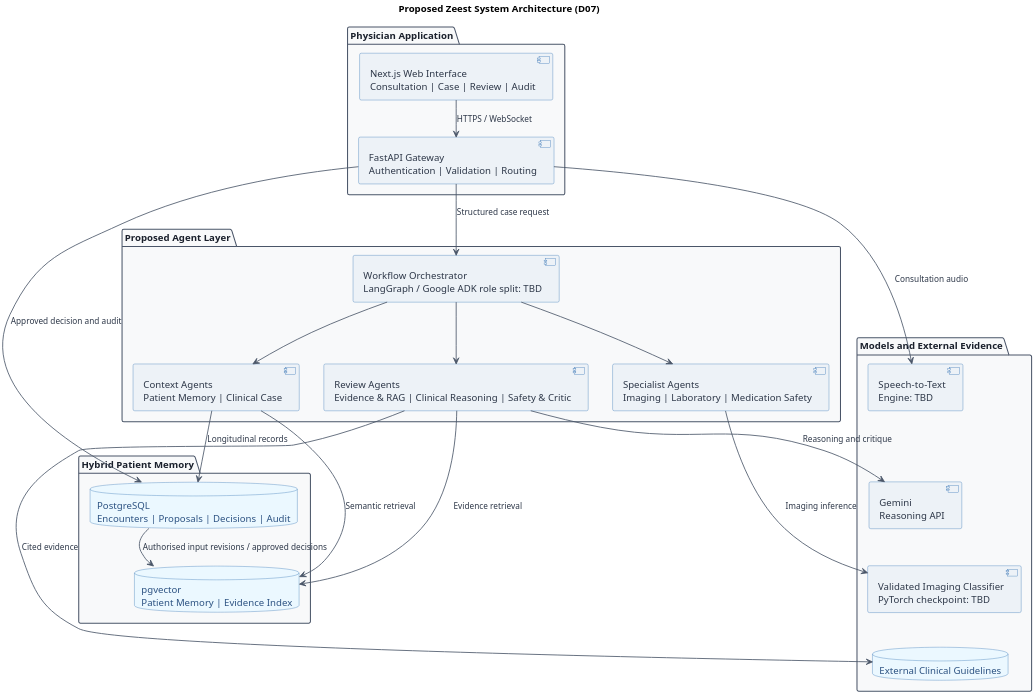
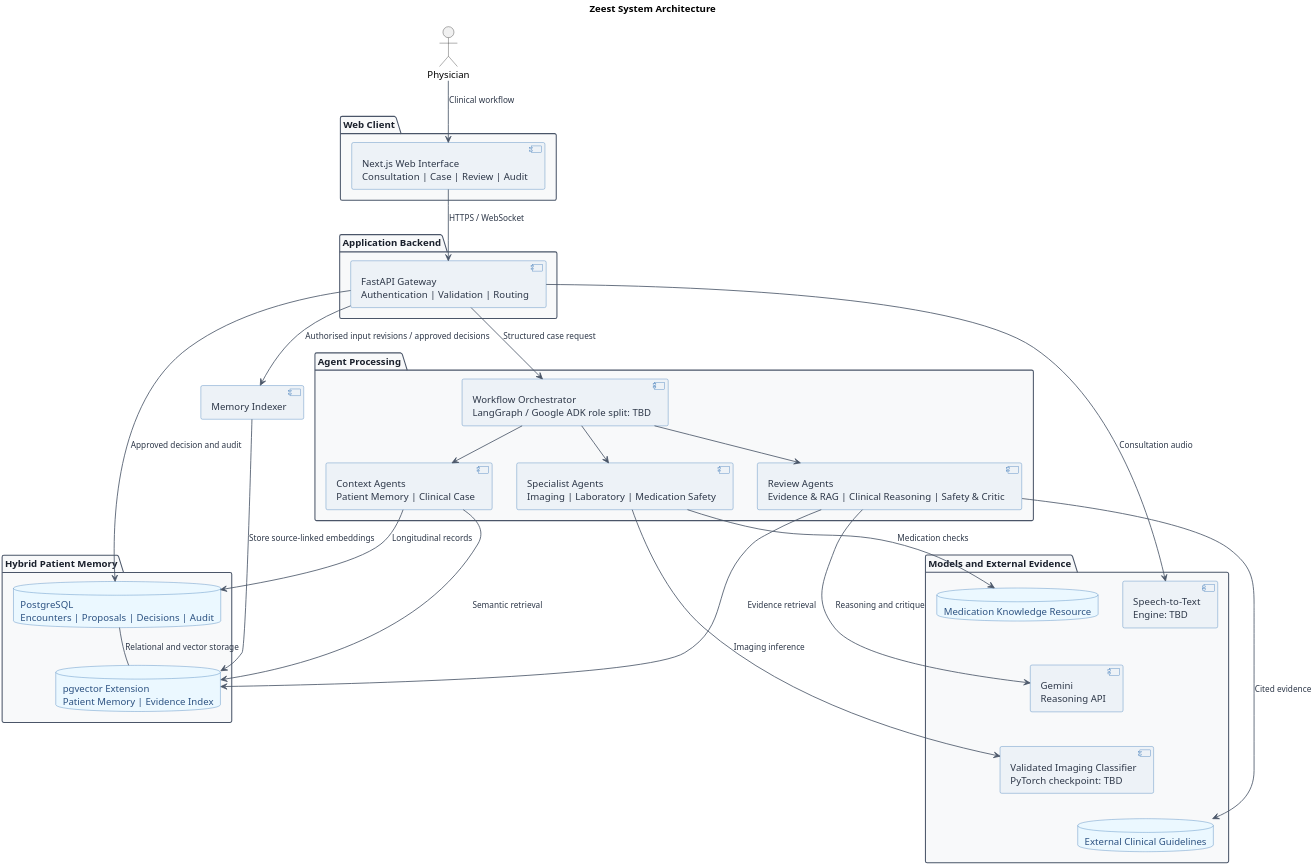
Before and after one commit to fatimamalik2307/fyp-report: the diagram in esha/diagrams/system_architecture.puml, drawn with PlantUML. The commit also changed 22 other files, not shown here.

Commit message:
Simplify report sections and correct architecture diagrams

```diff
--- a/esha/diagrams/system_architecture.puml
+++ b/esha/diagrams/system_architecture.puml
@@ -1,77 +1,88 @@
 @startuml esha_D07_system_architecture
 top to bottom direction
 skinparam backgroundColor #FFFFFF
 skinparam shadowing false
 skinparam defaultFontName "Helvetica", "Arial", sans-serif
 skinparam defaultFontSize 14
 skinparam dpi 300
 skinparam nodesep 35
 skinparam ranksep 35
 skinparam package {
 BackgroundColor #F8F9FA
 BorderColor #4A5568
 FontColor #1A202C
 FontStyle bold
 }
 skinparam component {
 BackgroundColor #EDF2F7
 BorderColor #2B6CB0
 FontColor #2D3748
 }
 skinparam database {
 BackgroundColor #EBF8FF
 BorderColor #2B6CB0
 FontColor #2C5282
 }
 skinparam arrow {
 Color #4A5568
 Thickness 1.2
 FontColor #2D3748
 FontSize 12
 }
 
-title Proposed Zeest System Architecture (D07)
+title Zeest System Architecture
 
-package "Physician Application" as ClientLayer {
+actor Physician
+
+package "Web Client" as ClientLayer {
   component [Next.js Web Interface\nConsultation | Case | Review | Audit] as WebUI
+}
+
+package "Application Backend" as BackendLayer {
   component [FastAPI Gateway\nAuthentication | Validation | Routing] as API
   WebUI --> API : HTTPS / WebSocket
 }
 
-package "Proposed Agent Layer" as AgentLayer {
+package "Agent Processing" as AgentLayer {
   component [Workflow Orchestrator\nLangGraph / Google ADK role split: TBD] as Orchestrator
   component [Context Agents\nPatient Memory | Clinical Case] as ContextAgents
   component [Specialist Agents\nImaging | Laboratory | Medication Safety] as SpecialistAgents
   component [Review Agents\nEvidence & RAG | Clinical Reasoning | Safety & Critic] as ReviewAgents
   Orchestrator --> ContextAgents
   Orchestrator --> SpecialistAgents
   Orchestrator --> ReviewAgents
 }
 
 package "Models and External Evidence" as Models {
   component [Speech-to-Text\nEngine: TBD] as Transcriber
   component [Gemini\nReasoning API] as GeminiModel
   component [Validated Imaging Classifier\nPyTorch checkpoint: TBD] as ImagingModel
   database "External Clinical Guidelines" as Guidelines
+  database "Medication Knowledge Resource" as MedicationKB
   Transcriber -[hidden]down-> GeminiModel
   GeminiModel -[hidden]down-> ImagingModel
   ImagingModel -[hidden]down-> Guidelines
 }
 
 package "Hybrid Patient Memory" as DataLayer {
   database "PostgreSQL\nEncounters | Proposals | Decisions | Audit" as PostgreSQL
-  database "pgvector\nPatient Memory | Evidence Index" as Pgvector
+  database "pgvector Extension\nPatient Memory | Evidence Index" as Pgvector
 }
 
+Physician --> WebUI : Clinical workflow
+SpecialistAgents --> MedicationKB : Medication checks
 API --> Orchestrator : Structured case request
 API --> Transcriber : Consultation audio
 ContextAgents --> PostgreSQL : Longitudinal records
 ContextAgents --> Pgvector : Semantic retrieval
 SpecialistAgents --> ImagingModel : Imaging inference
 ReviewAgents --> GeminiModel : Reasoning and critique
 ReviewAgents --> Guidelines : Cited evidence
 ReviewAgents --> Pgvector : Evidence retrieval
 API --> PostgreSQL : Approved decision and audit
-PostgreSQL --> Pgvector : Authorised input revisions / approved decisions
+component [Memory Indexer] as Indexer
+API --> Indexer : Authorised input revisions / approved decisions
+Indexer --> Pgvector : Store source-linked embeddings
+PostgreSQL -- Pgvector : Relational and vector storage
 
 @enduml
```
